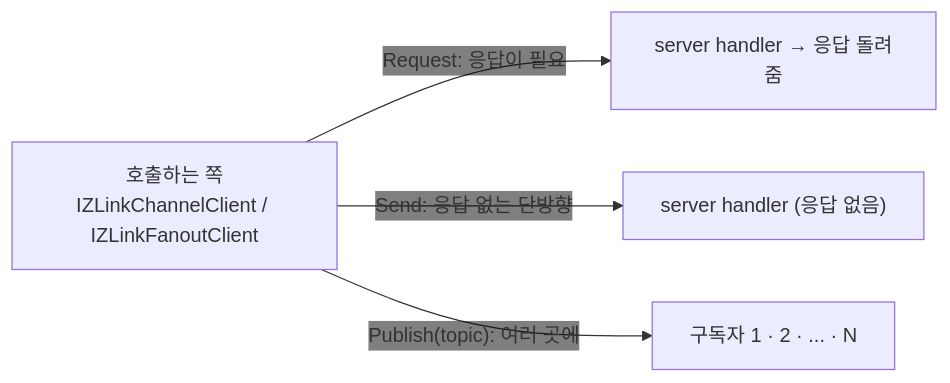
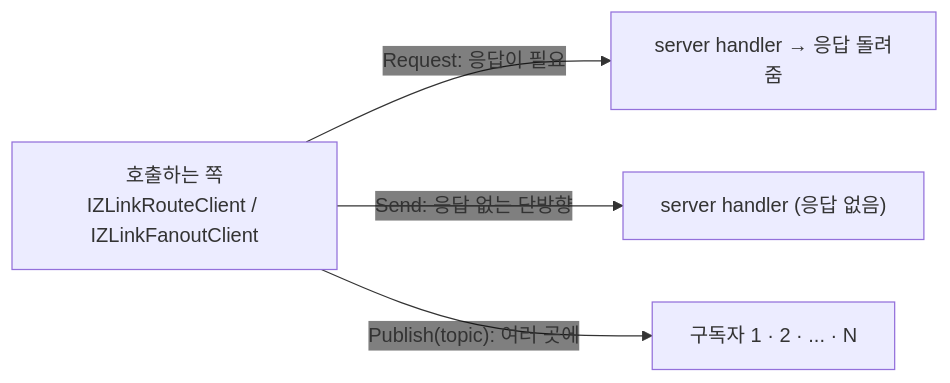
The first of 7 diagrams in framework/doc/framework/dotnet/guide/05-channel-messaging.ko.md (kairos-code-dev/zlink), drawn with Mermaid before and after one commit. The commit also changed other lines of this file and 93 other files, not shown here.

````diff
--- a/framework/doc/framework/dotnet/guide/05-channel-messaging.ko.md
+++ b/framework/doc/framework/dotnet/guide/05-channel-messaging.ko.md
@@ -24,8 +24,8 @@
 ```mermaid
 %%{init: {'themeVariables': {'edgeLabelBackground':'transparent'}}}%%
 flowchart LR
-  CL["호출하는 쪽<br/>IZLinkChannelClient / IZLinkFanoutClient"]
+  CL["호출하는 쪽<br/>IZLinkRouteClient / IZLinkFanoutClient"]
   CL -->|"Request: 응답이 필요"| H1["server handler → 응답 돌려줌"]
   CL -->|"Send: 응답 없는 단방향"| H2["server handler (응답 없음)"]
   CL -->|"Publish(topic): 여러 곳에"| SUB["구독자 1 · 2 · ... · N"]
 ```
````
